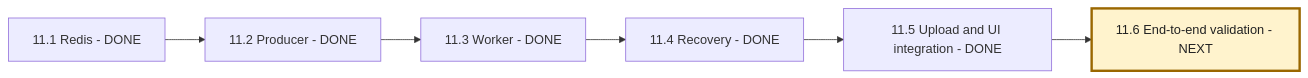
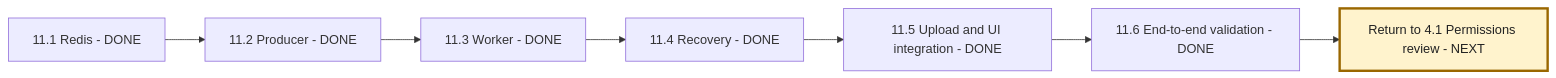
One commit to msdian0007/nexaAi changed the third of 3 diagrams in NEXAAI_ROADMAP.md. Above: the diagram before and after it, drawn with Mermaid. The commit also changed other lines of this file and 6 other files, not shown here.

````diff
--- a/NEXAAI_ROADMAP.md
+++ b/NEXAAI_ROADMAP.md
@@ -246,9 +248,10 @@
 ```mermaid
 flowchart LR
     A[11.1 Redis - DONE] --> B[11.2 Producer - DONE]
     B --> C[11.3 Worker - DONE]
     C --> D[11.4 Recovery - DONE]
     D --> E[11.5 Upload and UI integration - DONE]
-    E --> F[11.6 End-to-end validation - NEXT]
-    style F fill:#fff3cd,stroke:#9a6700,stroke-width:3px,color:#222
+    E --> F[11.6 End-to-end validation - DONE]
+    F --> G[Return to 4.1 Permissions review - NEXT]
+    style G fill:#fff3cd,stroke:#9a6700,stroke-width:3px,color:#222
 ```
````
